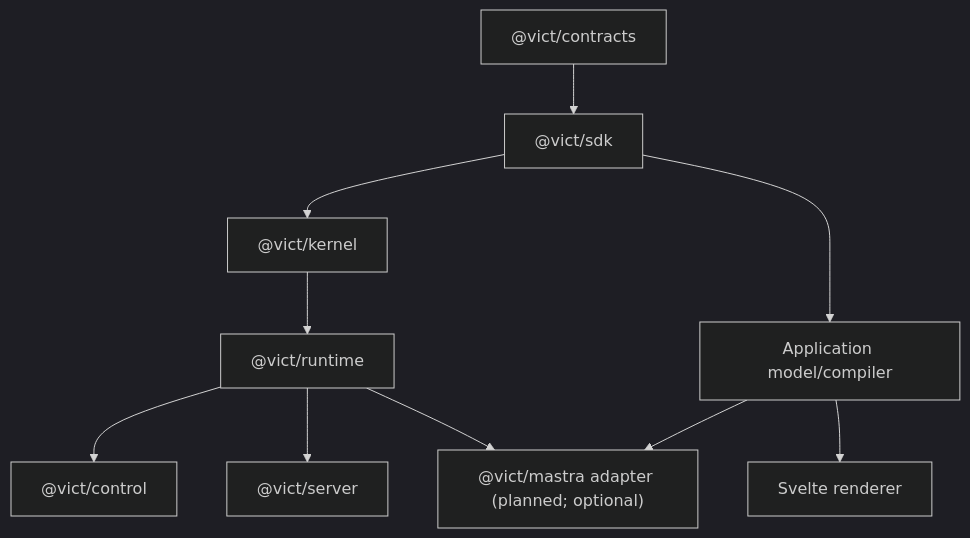
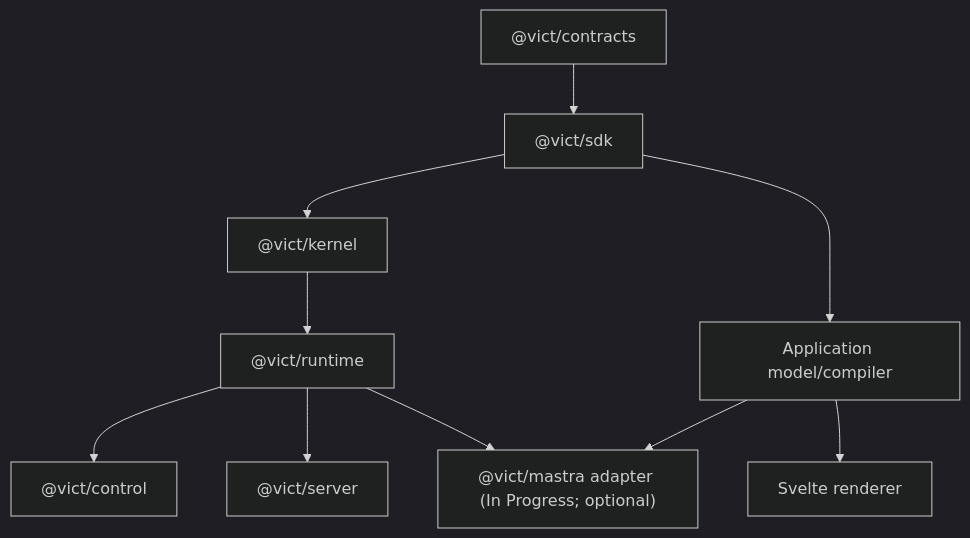
One commit to radz2291/vict-02 changed the second of 7 diagrams in docs/VICT-SYSTEM-REFERENCE.md. Above: the diagram before and after it, drawn with Mermaid (dark theme). The commit also changed other lines of this file and 4 other files, not shown here.

````diff
--- a/docs/VICT-SYSTEM-REFERENCE.md
+++ b/docs/VICT-SYSTEM-REFERENCE.md
@@ -404,12 +433,12 @@
 ```mermaid
 flowchart TB
     CONTRACTS["@vict/contracts"] --> SDK["@vict/sdk"]
     SDK --> KERNEL["@vict/kernel"]
     SDK --> APPMODEL["Application model/compiler"]
     KERNEL --> RUNTIME["@vict/runtime"]
     APPMODEL --> RENDERER["Svelte renderer"]
     RUNTIME --> CONTROL["@vict/control"]
     RUNTIME --> SERVER["@vict/server"]
-    RUNTIME --> MASTRA["@vict/mastra adapter (planned; optional)"]
+    RUNTIME --> MASTRA["@vict/mastra adapter (In Progress; optional)"]
     APPMODEL --> MASTRA
 ```
````
